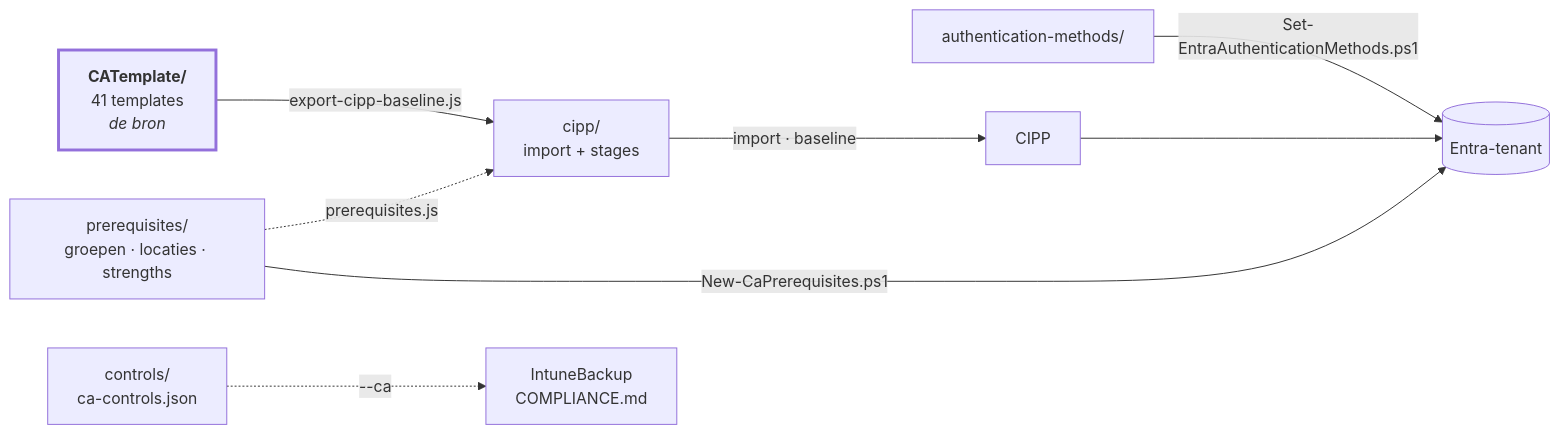
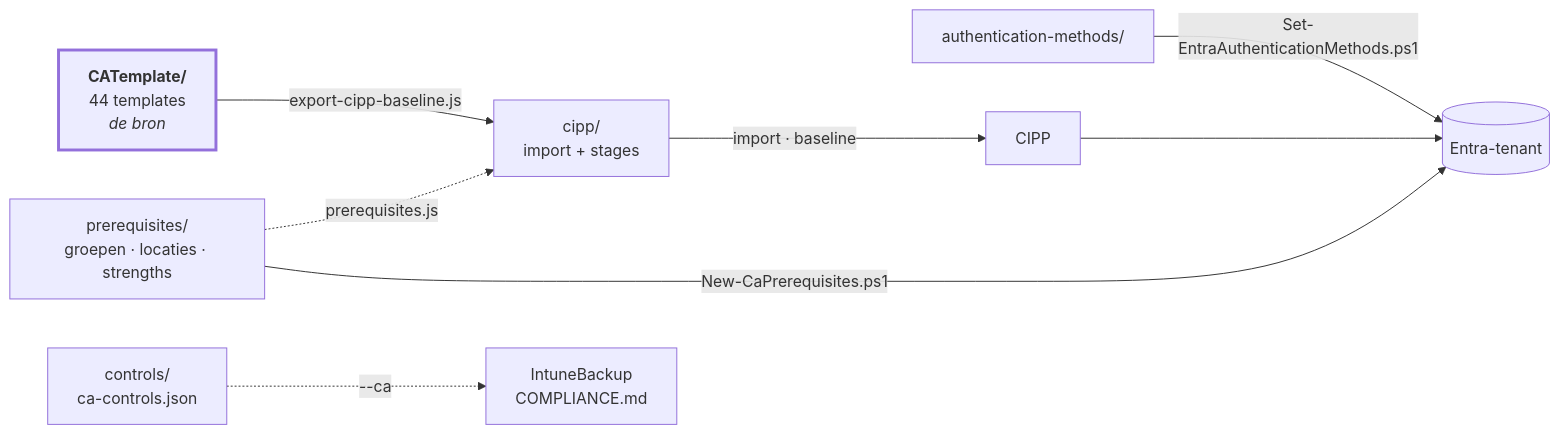
Before and after one commit to sjkanon/CA-Policies: the diagram in README.md, drawn with Mermaid. The commit also changed other lines of this file and 116 other files, not shown here.

````diff
--- a/README.md
+++ b/README.md
@@ -10,19 +10,19 @@
 ```mermaid
 flowchart LR
-  T["<b>CATemplate/</b><br/>41 templates<br/><i>de bron</i>"]
+  T["<b>CATemplate/</b><br/>44 templates<br/><i>de bron</i>"]
   P["prerequisites/<br/>groepen · locaties · strengths"]
   C["controls/<br/>ca-controls.json"]
   A["authentication-methods/"]
   X["cipp/<br/>import + stages"]
   TEN[("Entra-tenant")]
 
   T -->|export-cipp-baseline.js| X
   P -.->|prerequisites.js| X
   X -->|import · baseline| CIPP[CIPP]
   CIPP --> TEN
   P -->|New-CaPrerequisites.ps1| TEN
   A -->|Set-EntraAuthenticationMethods.ps1| TEN
   C -.->|--ca| IB["IntuneBackup<br/>COMPLIANCE.md"]
 
   style T stroke-width:3px
 ```
````
